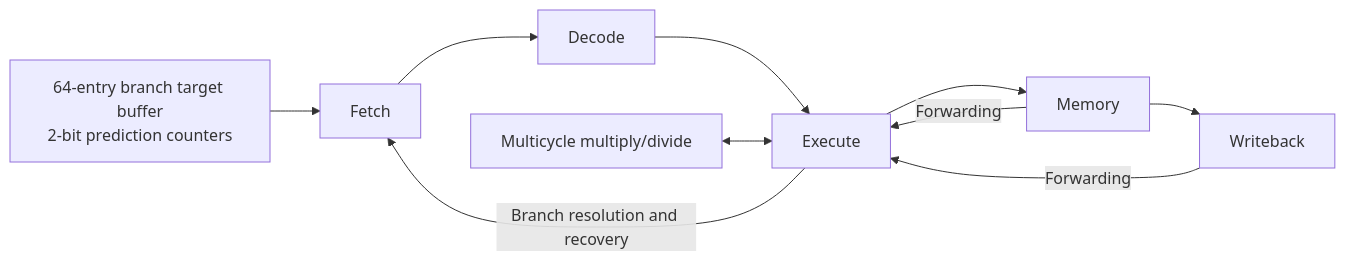
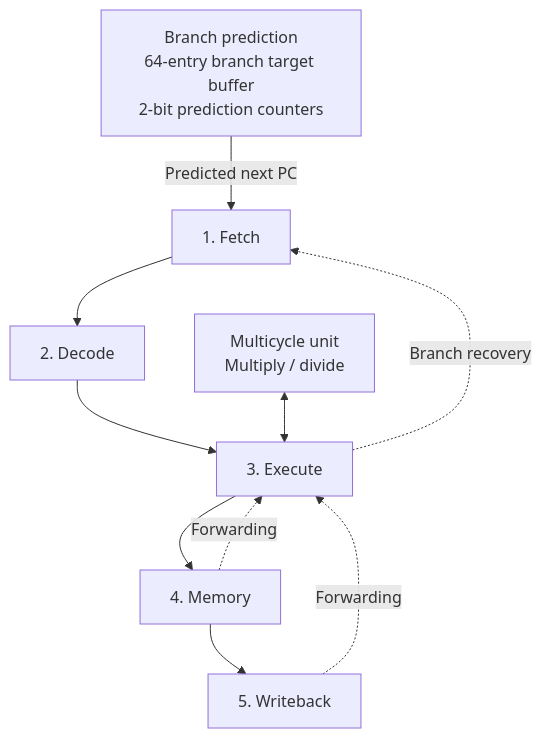
One commit to asytrix99/FPGA-Based-Pipelined-RISC-V-Processor changed the diagram in README.md. Above: the diagram before and after it, drawn with Mermaid. The commit also changed other lines of this file, not shown here.

Commit message:
docs: Make architecture diagram vertical

````diff
--- a/README.md
+++ b/README.md
@@ -7,9 +7,21 @@
 ```mermaid
-flowchart LR
-    F[Fetch] --> D[Decode] --> E[Execute] --> M[Memory] --> W[Writeback]
-    BP[64-entry branch target buffer\n2-bit prediction counters] --> F
-    E -->|Branch resolution and recovery| F
-    M -->|Forwarding| E
-    W -->|Forwarding| E
-    MC[Multicycle multiply/divide] <--> E
+flowchart TB
+    BP["Branch prediction<br/>64-entry branch target buffer<br/>2-bit prediction counters"]
+    F["1. Fetch"]
+    D["2. Decode"]
+    E["3. Execute"]
+    M["4. Memory"]
+    W["5. Writeback"]
+    MC["Multicycle unit<br/>Multiply / divide"]
+
+    BP -->|Predicted next PC| F
+    F --> D
+    D --> E
+    E --> M
+    M --> W
+
+    E -.->|Branch recovery| F
+    M -.->|Forwarding| E
+    W -.->|Forwarding| E
+    MC <--> E
 ```
````
